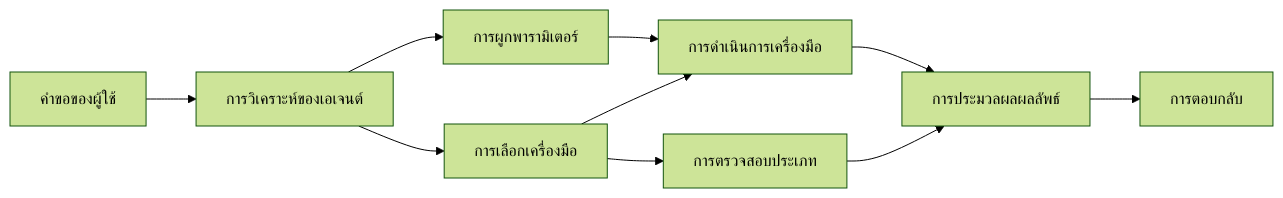
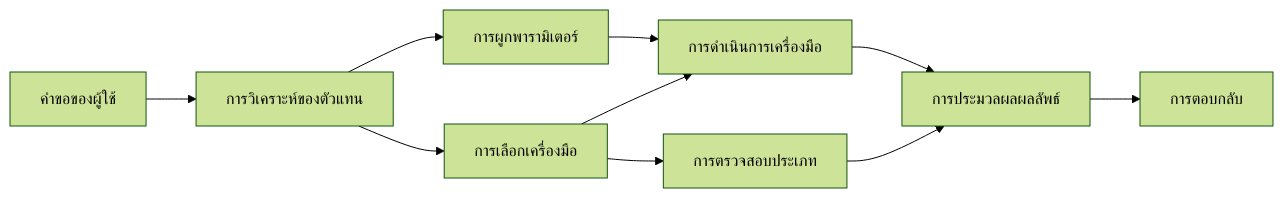
Before and after one commit to venturemavenwill/azureaifundamentals: the diagram in translations/th/04-tool-use/code_samples/04-dotnet-agent-framework.md, drawn with Mermaid (forest theme). The commit also changed other lines of this file and 2002 other files, not shown here.

````diff
--- a/translations/th/04-tool-use/code_samples/04-dotnet-agent-framework.md
+++ b/translations/th/04-tool-use/code_samples/04-dotnet-agent-framework.md
@@ -40,12 +40,12 @@
 ```mermaid
 graph LR
-    A[คำขอของผู้ใช้] --> B[การวิเคราะห์ของเอเจนต์]
+    A[คำขอของผู้ใช้] --> B[การวิเคราะห์ของตัวแทน]
     B --> C[การเลือกเครื่องมือ]
     C --> D[การตรวจสอบประเภท]
     B --> E[การผูกพารามิเตอร์]
     E --> F[การดำเนินการเครื่องมือ]
     C --> F
     F --> G[การประมวลผลผลลัพธ์]
     D --> G
     G --> H[การตอบกลับ]
 ```
````
